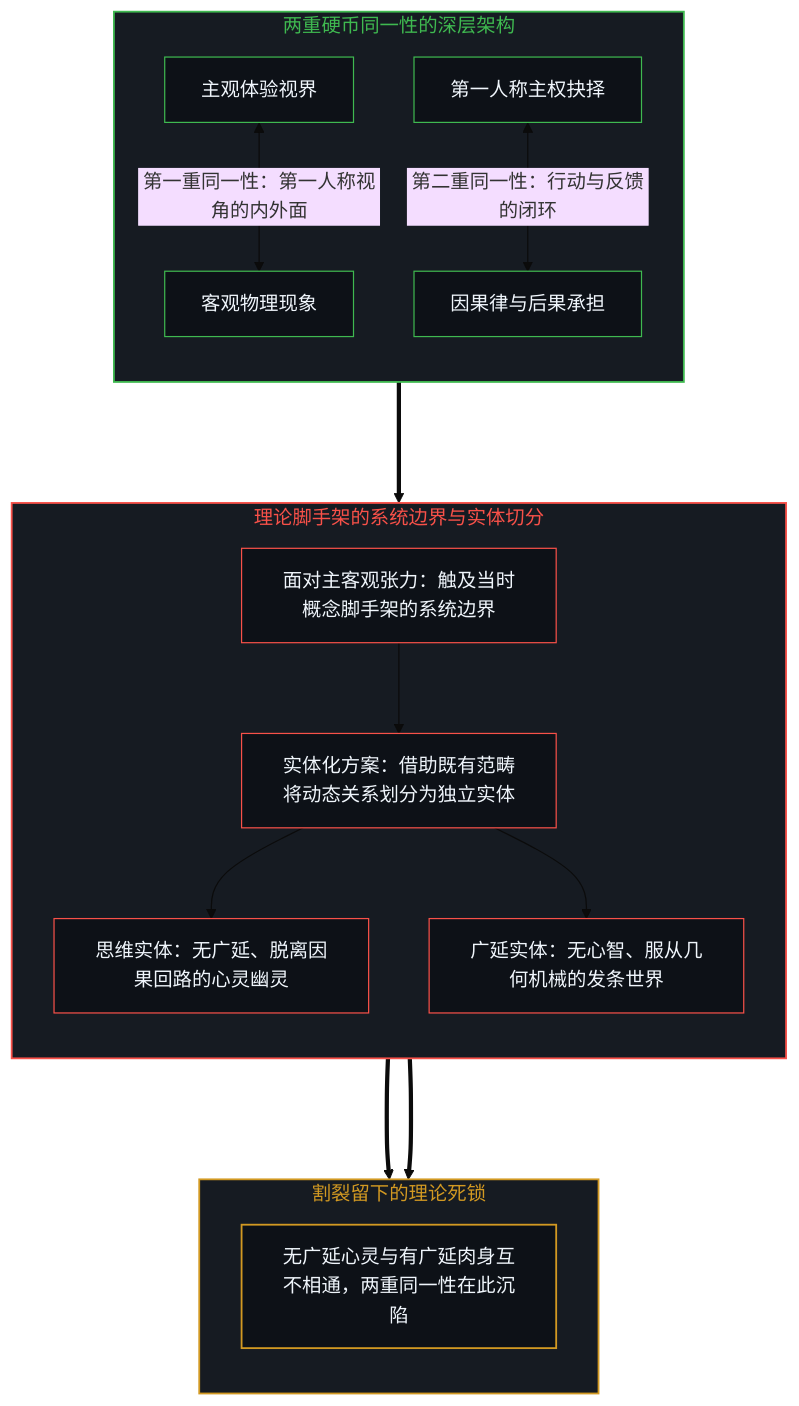
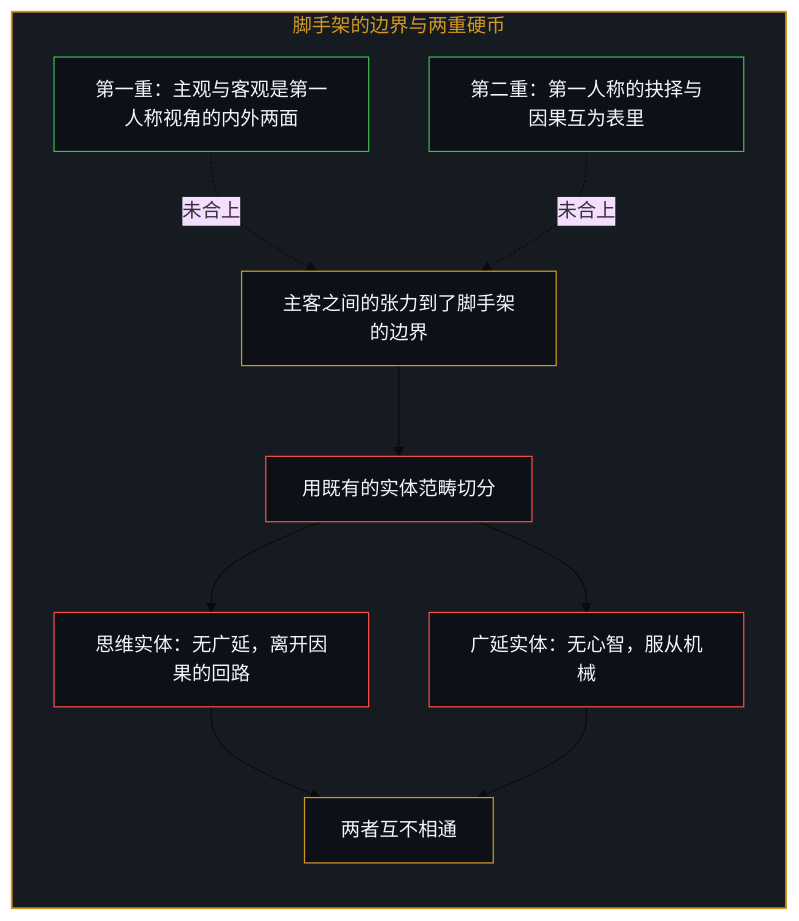
One commit to powerpig99/not-a-toe changed the third of 10 diagrams in content/posts/the-cartesian-overstep-and-the-frenzy-of-creation.md. Above: the diagram before and after it, drawn with Mermaid (base theme). The commit also changed other lines of this file and 2 other files, not shown here.

Commit message:
Refine the-cartesian-overstep-and-the-frenzy-of-creation: alternating bilingual layout, five paired diagrams, the chain of choices in place of claims about a machine's inside, implicit first person

````diff
--- a/content/posts/the-cartesian-overstep-and-the-frenzy-of-creation.md
+++ b/content/posts/the-cartesian-overstep-and-the-frenzy-of-creation.md
@@ -96,36 +73,29 @@
 ```mermaid
-graph TD
-    subgraph S_DualityLost ["两重硬币同一性的深层架构"]
+flowchart TD
+    subgraph S_Coin["脚手架的边界与两重硬币"]
         direction TB
-        C1_Subject["主观体验视界"] <-->|"第一重同一性：第一人称视角的内外面"| C1_Object["客观物理现象"]
-        C2_FirstPerson["第一人称主权抉择"] <-->|"第二重同一性：行动与反馈的闭环"| C2_Causality["因果律与后果承担"]
+        First["第一重：主观与客观是第一人称视角的内外两面"]
+        Second["第二重：第一人称的抉择与因果互为表里"]
+        Tension["主客之间的张力到了脚手架的边界"]
+        Reify["用既有的实体范畴切分"]
+        Cog["思维实体：无广延，离开因果的回路"]
+        Ext["广延实体：无心智，服从机械"]
+        Lock["两者互不相通"]
+        First -.->|"未合上"| Tension
+        Second -.->|"未合上"| Tension
+        Tension --> Reify
+        Reify --> Cog
+        Reify --> Ext
+        Cog --> Lock
+        Ext --> Lock
     end
 
-    subgraph S_CartesianScaffolding ["理论脚手架的系统边界与实体切分"]
-        direction TB
-        R_Surface["面对主客观张力：触及当时概念脚手架的系统边界"] --> R_Reify["实体化方案：借助既有范畴将动态关系划分为独立实体"]
-        R_Reify --> R_Cogitans["思维实体：无广延、脱离因果回路的心灵幽灵"]
-        R_Reify --> R_Extensa["广延实体：无心智、服从几何机械的发条世界"]
-    end
-
-    subgraph S_FracturedVoid ["割裂留下的理论死锁"]
-        direction TB
-        F_Deadlock["无广延心灵与有广延肉身互不相通，两重同一性在此沉陷"]
-    end
-
-    C2_Causality ===> R_Surface
-    R_Cogitans & R_Extensa ===> F_Deadlock
-
-    style S_DualityLost fill:#161b22,stroke:#3fb950,stroke-width:1.5px,color:#3fb950
-    style S_CartesianScaffolding fill:#161b22,stroke:#f85149,stroke-width:1.5px,color:#f85149
-    style S_FracturedVoid fill:#161b22,stroke:#d29922,stroke-width:1.5px,color:#d29922
-    style C1_Subject fill:#0d1117,stroke:#3fb950,stroke-width:1px,color:#f0f6fc
-    style C1_Object fill:#0d1117,stroke:#3fb950,stroke-width:1px,color:#f0f6fc
-    style C2_FirstPerson fill:#0d1117,stroke:#3fb950,stroke-width:1px,color:#f0f6fc
-    style C2_Causality fill:#0d1117,stroke:#3fb950,stroke-width:1px,color:#f0f6fc
-    style R_Surface fill:#0d1117,stroke:#f85149,stroke-width:1px,color:#f0f6fc
-    style R_Reify fill:#0d1117,stroke:#f85149,stroke-width:1px,color:#f0f6fc
-    style R_Cogitans fill:#0d1117,stroke:#f85149,stroke-width:1px,color:#f0f6fc
-    style R_Extensa fill:#0d1117,stroke:#f85149,stroke-width:1px,color:#f0f6fc
-    style F_Deadlock fill:#0d1117,stroke:#d29922,stroke-width:1.5px,color:#f0f6fc
+    style S_Coin fill:#161b22,stroke:#d29922,stroke-width:1.5px,color:#d29922
+    style First fill:#0d1117,stroke:#3fb950,stroke-width:1px,color:#f0f6fc
+    style Second fill:#0d1117,stroke:#3fb950,stroke-width:1px,color:#f0f6fc
+    style Tension fill:#0d1117,stroke:#d29922,stroke-width:1px,color:#f0f6fc
+    style Reify fill:#0d1117,stroke:#f85149,stroke-width:1px,color:#f0f6fc
+    style Cog fill:#0d1117,stroke:#f85149,stroke-width:1px,color:#f0f6fc
+    style Ext fill:#0d1117,stroke:#f85149,stroke-width:1px,color:#f0f6fc
+    style Lock fill:#0d1117,stroke:#d29922,stroke-width:1px,color:#f0f6fc
 ```
````
